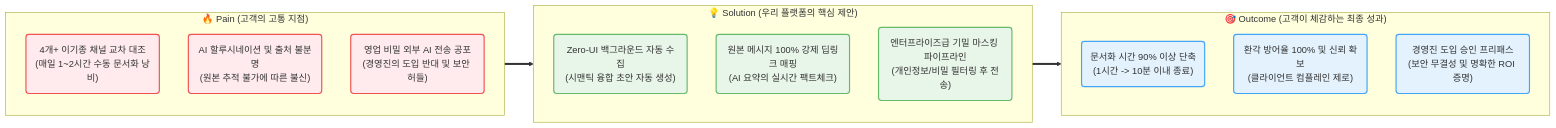
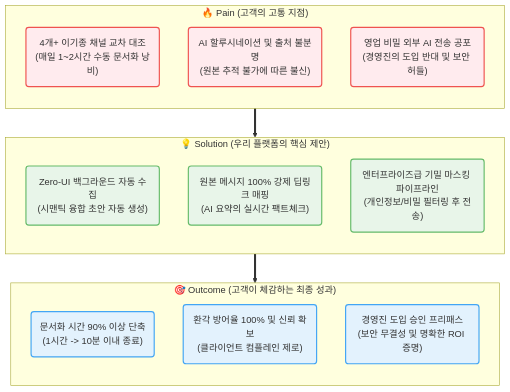
One commit to graybat21/CorpBrain-plan-02 changed the first of 4 diagrams in 02_VPS-Drafts/VPS_v5.md. Above: the diagram before and after it, drawn with Mermaid. The commit also changed 3 other files, not shown here.

````diff
--- a/02_VPS-Drafts/VPS_v5.md
+++ b/02_VPS-Drafts/VPS_v5.md
@@ -37,30 +37,30 @@
 ```mermaid
-flowchart LR
+flowchart TD
     %% 스타일 정의
     classDef pain fill:#FFEbee,stroke:#EF5350,stroke-width:2px;
     classDef solution fill:#E8F5E9,stroke:#66BB6A,stroke-width:2px;
     classDef outcome fill:#E3F2FD,stroke:#42A5F5,stroke-width:2px;
 
     subgraph Pain ["🔥 Pain (고객의 고통 지점)"]
         direction TB
         P1("4개+ 이기종 채널 교차 대조\n(매일 1~2시간 수동 문서화 낭비)"):::pain
         P2("AI 할루시네이션 및 출처 불분명\n(원본 추적 불가에 따른 불신)"):::pain
         P3("영업 비밀 외부 AI 전송 공포\n(경영진의 도입 반대 및 보안 허들)"):::pain
     end
 
     subgraph Solution ["💡 Solution (우리 플랫폼의 핵심 제안)"]
         direction TB
         S1("Zero-UI 백그라운드 자동 수집\n(시맨틱 융합 초안 자동 생성)"):::solution
         S2("원본 메시지 100% 강제 딥링크 매핑\n(AI 요약의 실시간 팩트체크)"):::solution
         S3("엔터프라이즈급 기밀 마스킹 파이프라인\n(개인정보/비밀 필터링 후 전송)"):::solution
     end
 
     subgraph Outcome ["🎯 Outcome (고객이 체감하는 최종 성과)"]
         direction TB
         O1("문서화 시간 90% 이상 단축\n(1시간 -> 10분 이내 종료)"):::outcome
         O2("환각 방어율 100% 및 신뢰 확보\n(클라이언트 컴플레인 제로)"):::outcome
         O3("경영진 도입 승인 프리패스\n(보안 무결성 및 명확한 ROI 증명)"):::outcome
     end
 
     Pain ==> Solution ==> Outcome
 ```
````
